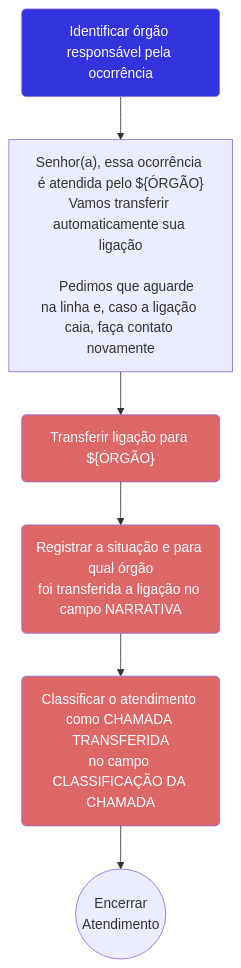
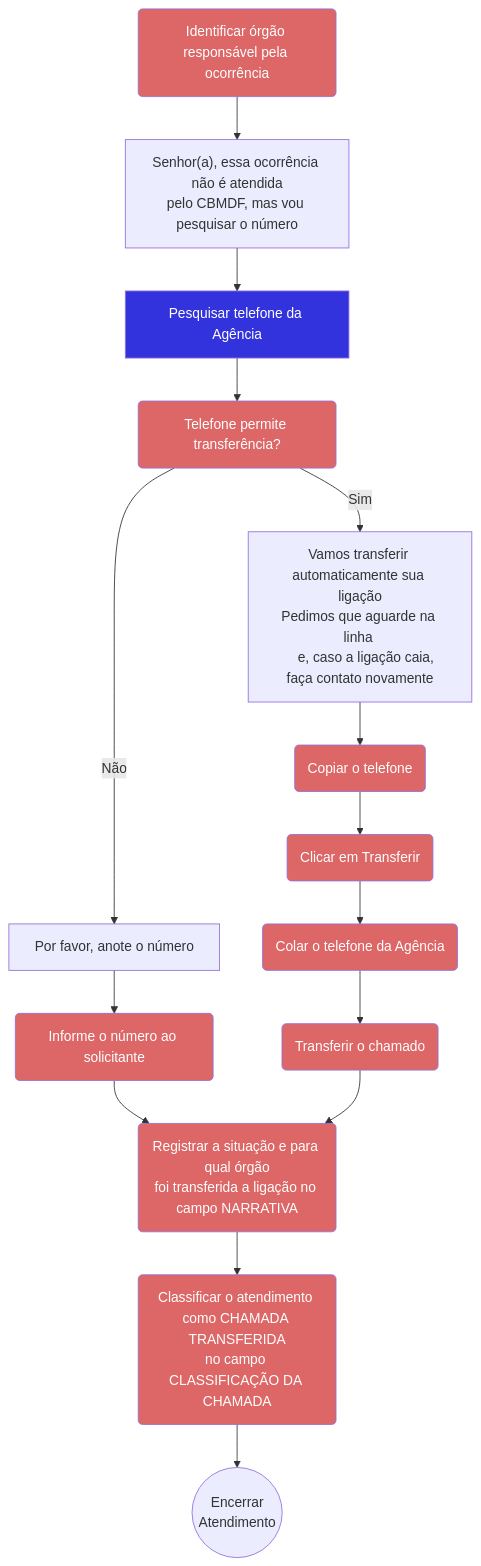
One commit to winstein27/protocolo-193 changed the fifth of 5 diagrams in docs/index.mdx. Above: the diagram before and after it, drawn with Mermaid.

Commit message:
Telefones e status atualizados 2

````diff
--- a/docs/index.mdx
+++ b/docs/index.mdx
@@ -110,14 +110,22 @@
 ```mermaid
 graph TD
-    B(Identificar órgão responsável pela ocorrência):::link
-    B --> C["Senhor(a), essa ocorrência é atendida pelo ${ÓRGÃO}\nVamos transferir automaticamente sua ligação\n
-    Pedimos que aguarde na linha e, caso a ligação caia, faça contato novamente"]
-    C --> D("Transferir ligação para ${ÓRGÃO}"):::atendente
-    D --> E(Registrar a situação e para qual órgão\nfoi transferida a ligação no campo NARRATIVA):::atendente
+    B(Identificar órgão responsável pela ocorrência):::atendente --> C["Senhor(a), essa ocorrência não é atendida\npelo CBMDF, mas vou pesquisar o número"]
+    C --> D["Pesquisar telefone da Agência"]:::link
+    D --> D01(Telefone permite transferência?):::atendente
+    D01 --> |Sim|D02["Vamos transferir automaticamente sua ligação\nPedimos que aguarde na linha 
+    e, caso a ligação caia, faça contato novamente"]
+    D02 --> D03(Copiar o telefone):::atendente
+    D03 --> D1(Clicar em Transferir):::atendente
+    D1 --> D2(Colar o telefone da Agência):::atendente
+    D2 --> D3(Transferir o chamado):::atendente
+    D01 --> |Não|D11["Por favor, anote o número"]
+    D11 --> D12(Informe o número ao solicitante):::atendente
+    D12 --> E(Registrar a situação e para qual órgão\nfoi transferida a ligação no campo NARRATIVA):::atendente
+    D3 --> E
     E --> F(Classificar o atendimento como CHAMADA TRANSFERIDA\nno campo CLASSIFICAÇÃO DA CHAMADA):::atendente
     F --> G((Encerrar\nAtendimento))
     
-    click B "/protocolo-193/telefones/#agências-externas" "Contatos das Agências Externas"
+    click D "/protocolo-193/telefones/#agências-externas" "Contatos das Agências Externas"
     classDef atendente fill:#d66, color:#fff
     classDef link fill:#33d, color:#fff
 ```
````
